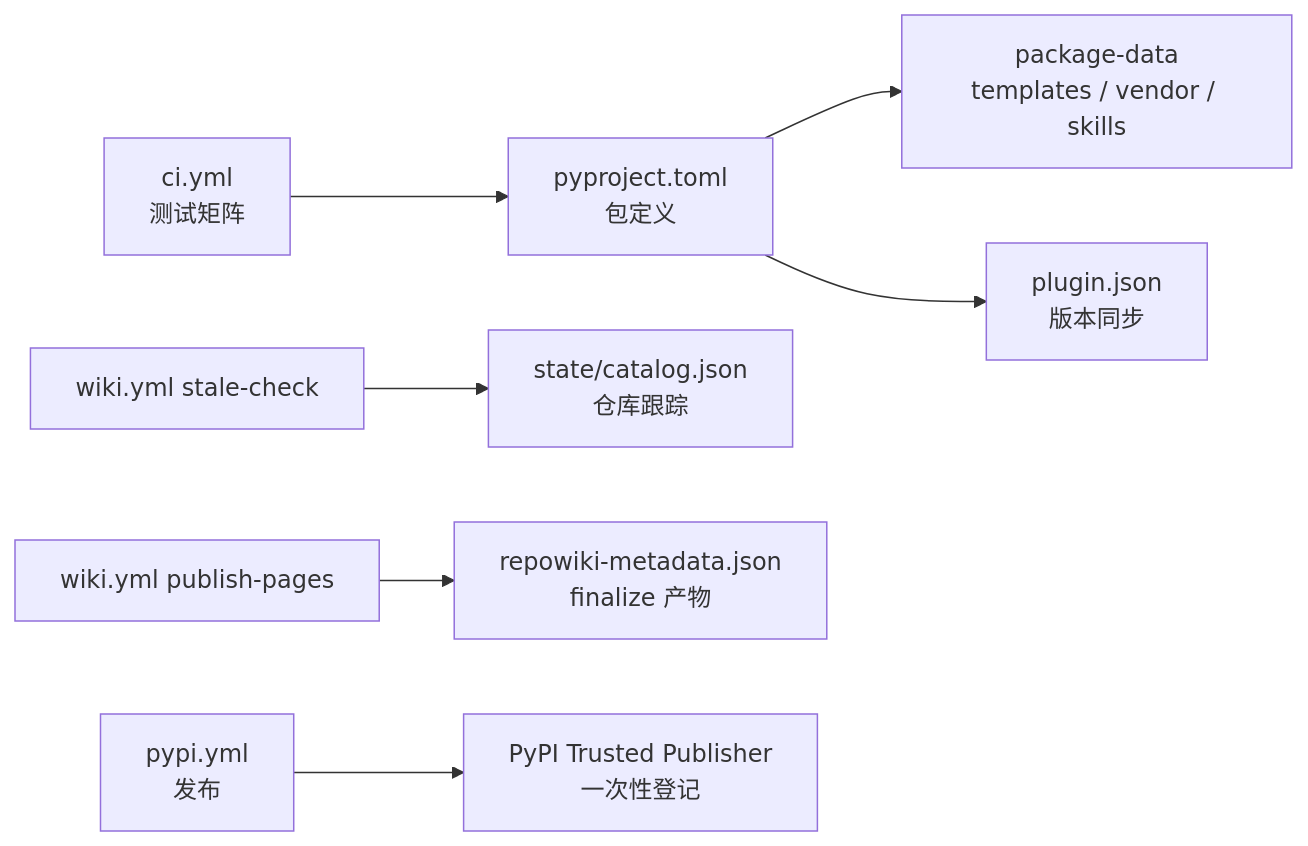
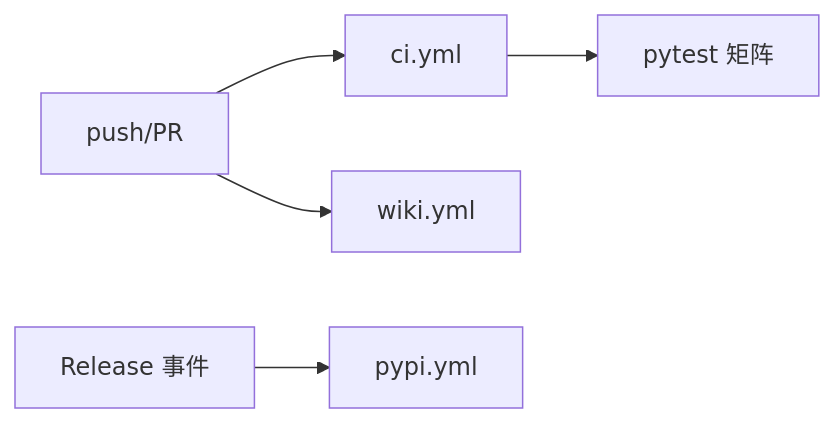
Before and after one commit to luomsis/repowiki: the third of 3 diagrams in .repowiki/zh/content/测试与工程化/CI 与发布流水线.md, drawn with Mermaid. The commit also changed other lines of this file and 100 other files, not shown here.

````diff
--- a/.repowiki/zh/content/测试与工程化/CI 与发布流水线.md
+++ b/.repowiki/zh/content/测试与工程化/CI 与发布流水线.md
@@ -161,9 +122,7 @@
 ```mermaid
 graph LR
-CI["ci.yml<br/>测试矩阵"] --> PYPROJ["pyproject.toml<br/>包定义"]
-STALE["wiki.yml stale-check"] --> CATALOG["state/catalog.json<br/>仓库跟踪"]
-PAGES["wiki.yml publish-pages"] --> META["repowiki-metadata.json<br/>finalize 产物"]
-PYPI["pypi.yml<br/>发布"] --> REG["PyPI Trusted Publisher<br/>一次性登记"]
-PYPROJ --> PKGDATA["package-data<br/>templates / vendor / skills"]
-PYPROJ --> PLUGIN["plugin.json<br/>版本同步"]
+A["push/PR"] --> B["ci.yml"]
+A --> C["wiki.yml"]
+D["Release 事件"] --> E["pypi.yml"]
+B --> F["pytest 矩阵"]
 ```
````
